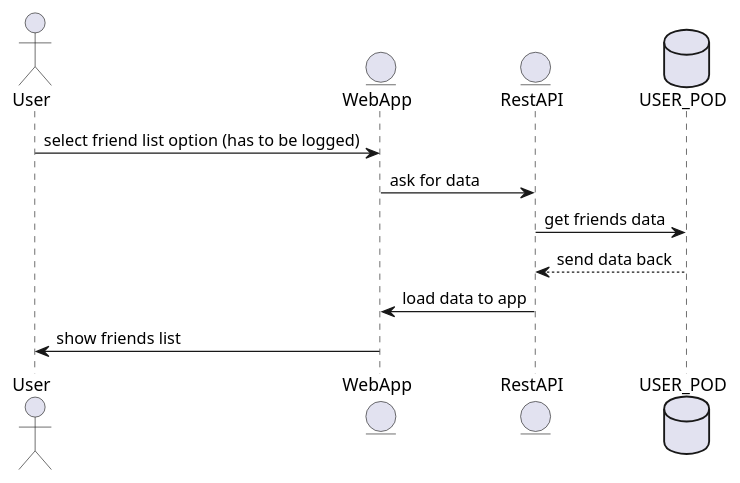
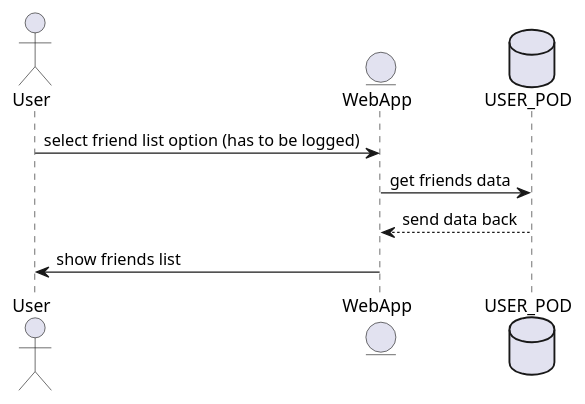
The fourth of 7 diagrams in docs/06_runtime_view.adoc (Arquisoft/lomap_es5c), drawn with PlantUML before and after one commit. The commit also changed other lines of this file and 17 other files, not shown here.

```diff
--- a/docs/06_runtime_view.adoc
+++ b/docs/06_runtime_view.adoc
@@ -83,14 +77,11 @@
 [plantuml,"Friends list diagram",png]
 ----
 actor User
 entity EntityWeb as "WebApp"
-entity EntityRest as "RestAPI"
 database Pod as "USER_POD"
 
 User -> EntityWeb: select friend list option (has to be logged)
-EntityWeb -> EntityRest: ask for data
-EntityRest -> Pod: get friends data
-Pod --> EntityRest: send data back
-EntityRest -> EntityWeb: load data to app
+EntityWeb -> Pod: get friends data
+Pod --> EntityWeb: send data back
 EntityWeb -> User: show friends list
 ----
```
